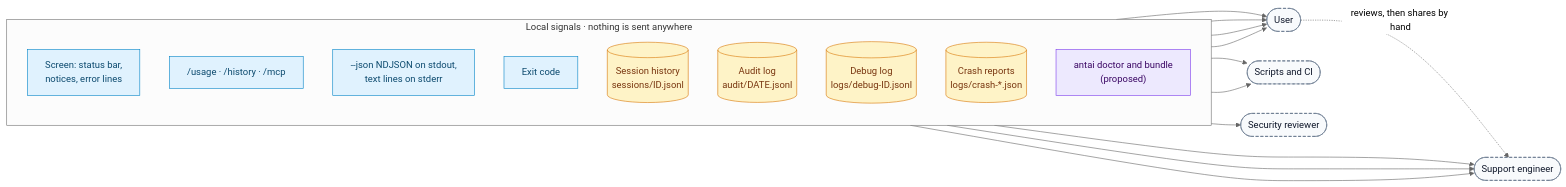
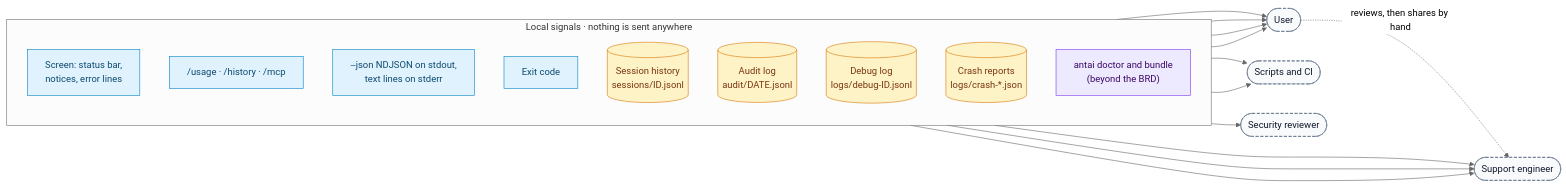
The first of 7 diagrams in docs/Deliverables/15_observability.md (Dakshnagpal/antai-agent), drawn with Mermaid (neutral theme) before and after one commit. The commit also changed other lines of this file and 18 other files, not shown here.

````diff
--- a/docs/Deliverables/15_observability.md
+++ b/docs/Deliverables/15_observability.md
@@ -95,38 +96,38 @@
 ```mermaid
 flowchart LR
     subgraph SIG["Local signals · nothing is sent anywhere"]
         direction TB
         S1["Screen: status bar,<br/>notices, error lines"]
         S2["/usage · /history · /mcp"]
         S3["--json NDJSON on stdout,<br/>text lines on stderr"]
         S4["Exit code"]
         S5[("Session history<br/>sessions/ID.jsonl")]
         S6[("Audit log<br/>audit/DATE.jsonl")]
         S7[("Debug log<br/>logs/debug-ID.jsonl")]
         S8[("Crash reports<br/>logs/crash-*.json")]
-        S9["antai doctor and bundle<br/>(proposed)"]
+        S9["antai doctor and bundle<br/>(beyond the BRD)"]
     end
     U(["User"])
     CI(["Scripts and CI"])
     SUP(["Support engineer"])
     SR(["Security reviewer"])
     S1 --> U
     S2 --> U
     S5 --> U
     S6 --> U
     S3 --> CI
     S4 --> CI
     S6 --> SR
     S7 --> SUP
     S8 --> SUP
     S9 --> SUP
     U -. "reviews, then shares by hand" .-> SUP
     classDef ui fill:#e0f2fe,stroke:#0284c7,color:#0c4a6e
     classDef infra fill:#fef3c7,stroke:#d97706,color:#78350f
     classDef orch fill:#ede9fe,stroke:#7c3aed,color:#3b0764
     classDef ext fill:#f8fafc,stroke:#64748b,color:#0f172a,stroke-dasharray:5 3
     class S1,S2,S3,S4 ui
     class S5,S6,S7,S8 infra
     class S9 orch
     class U,CI,SUP,SR ext
 ```
````
